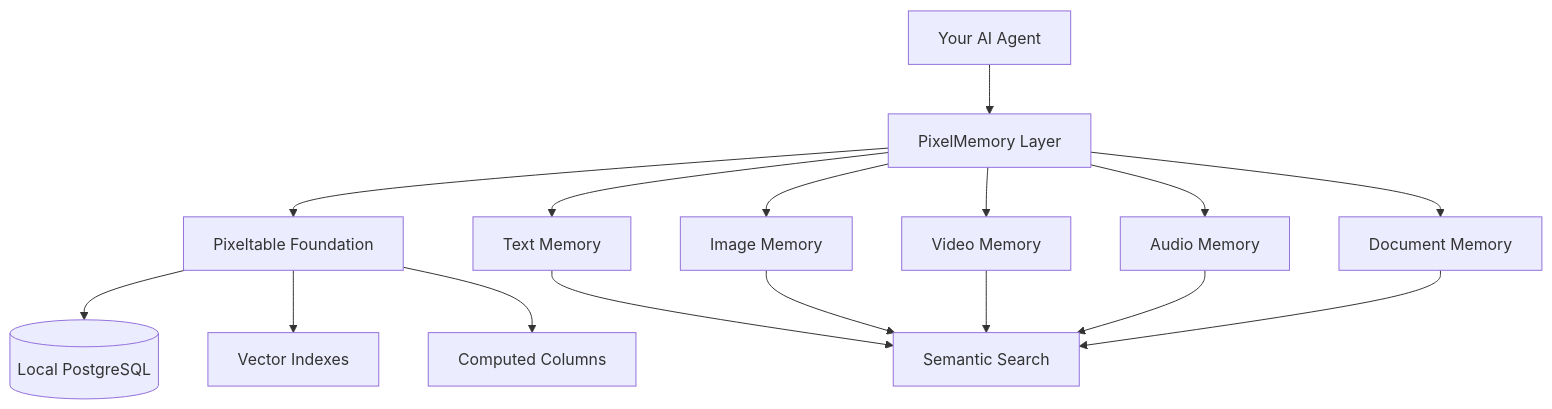
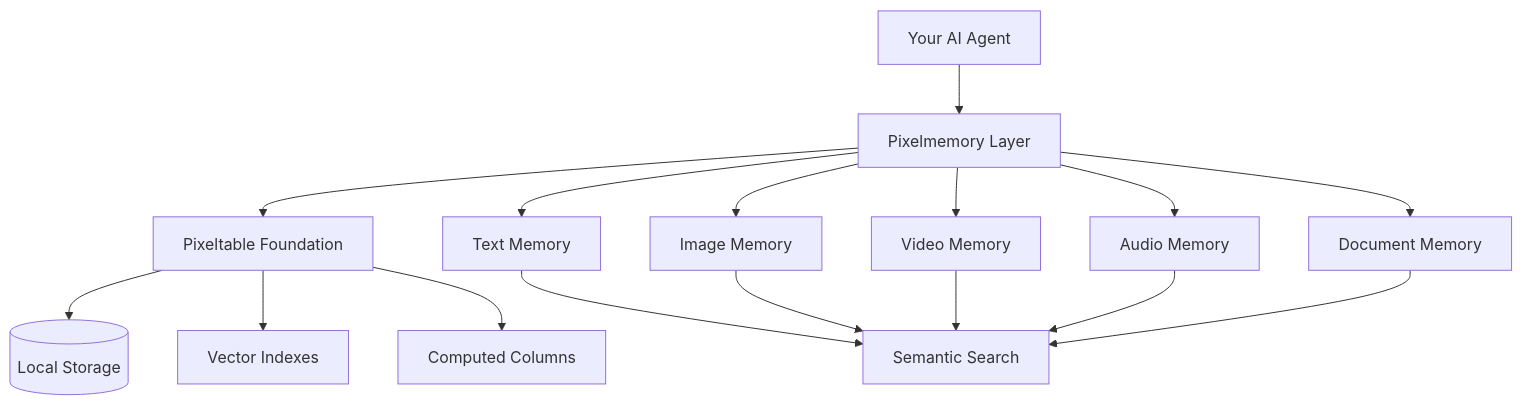
One commit to pixeltable/pixelmemory changed the first of 3 diagrams in README.md. Above: the diagram before and after it, drawn with Mermaid. The commit also changed other lines of this file and 7 other files, not shown here.

````diff
--- a/README.md
+++ b/README.md
@@ -15,20 +13,20 @@
 ```mermaid
 graph TB
-    A[Your AI Agent] --> B[PixelMemory Layer]
+    A[Your AI Agent] --> B[Pixelmemory Layer]
     B --> C[Pixeltable Foundation]
-    C --> D[(Local PostgreSQL)]
+    C --> D[(Local Storage)]
     C --> E[Vector Indexes]
     C --> F[Computed Columns]
     
     B --> G[Text Memory]
     B --> H[Image Memory]
     B --> I[Video Memory]
     B --> J[Audio Memory]
     B --> K[Document Memory]
     
     G --> L[Semantic Search]
     H --> L
     I --> L
     J --> L
     K --> L
 ```
````
